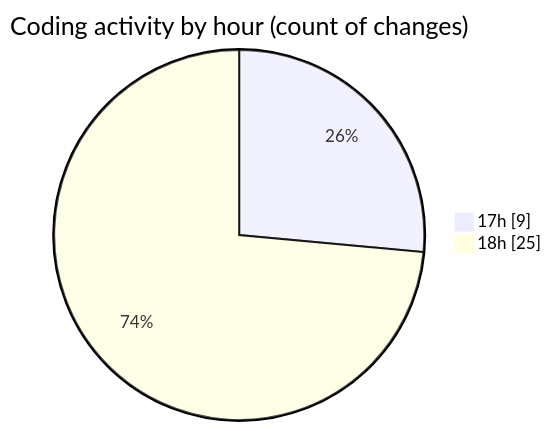
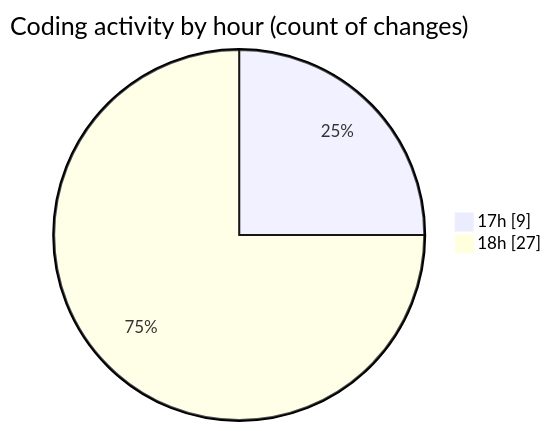
One commit to robertbonfada/code-tracking changed the second of 2 diagrams in 2025-02-08/termonied-web/README.md. Above: the diagram before and after it, drawn with Mermaid. The commit also changed other lines of this file and 1 other file, not shown here.

````diff
--- a/2025-02-08/termonied-web/README.md
+++ b/2025-02-08/termonied-web/README.md
@@ -37,6 +38,6 @@
 ```mermaid
 pie showData
 title Coding activity by hour (count of changes)
 "17h" : 9
-"18h" : 25
+"18h" : 27
 ```
````
